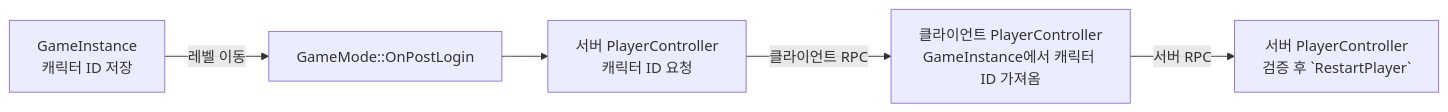
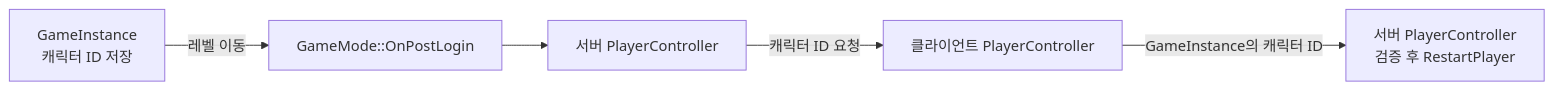
One commit to expx2/UnrealRPGProject changed the diagram in Docs/Architecture.md. Above: the diagram before and after it, drawn with Mermaid.

````diff
--- a/Docs/Architecture.md
+++ b/Docs/Architecture.md
@@ -18,7 +18,7 @@
 ```mermaid
 flowchart LR
     GI["GameInstance</br>캐릭터 ID 저장"] -->|레벨 이동| GM["GameMode::OnPostLogin"]
-    GM --> S_PC["서버 PlayerController</br>캐릭터 ID 요청"]
-    S_PC -->|클라이언트 RPC| C_PC["클라이언트 PlayerController</br>GameInstance에서 캐릭터 ID 가져옴"]
-    C_PC -->|서버 RPC| S_PC2["서버 PlayerController</br>검증 후 `RestartPlayer`"]
+    GM --> S_PC["서버 PlayerController"]
+    S_PC -->|캐릭터 ID 요청| C_PC["클라이언트 PlayerController"]
+    C_PC -->|GameInstance의 캐릭터 ID| S_PC2["서버 PlayerController</br>검증 후 RestartPlayer"]
 ```
````
